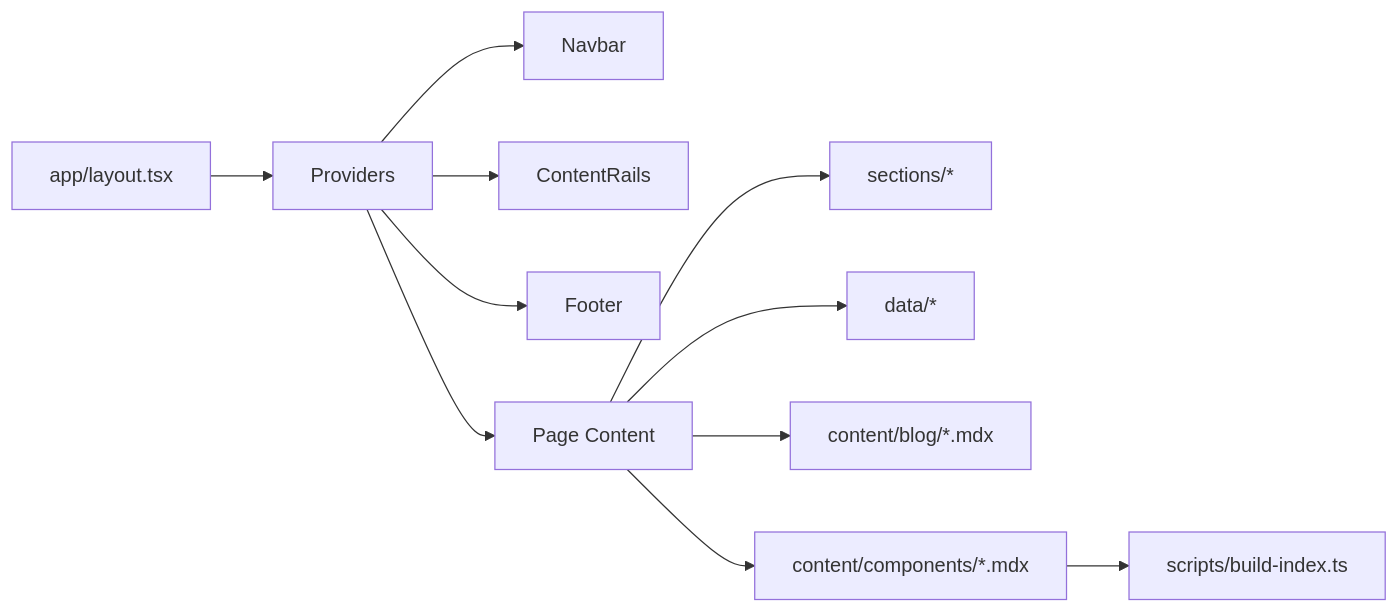
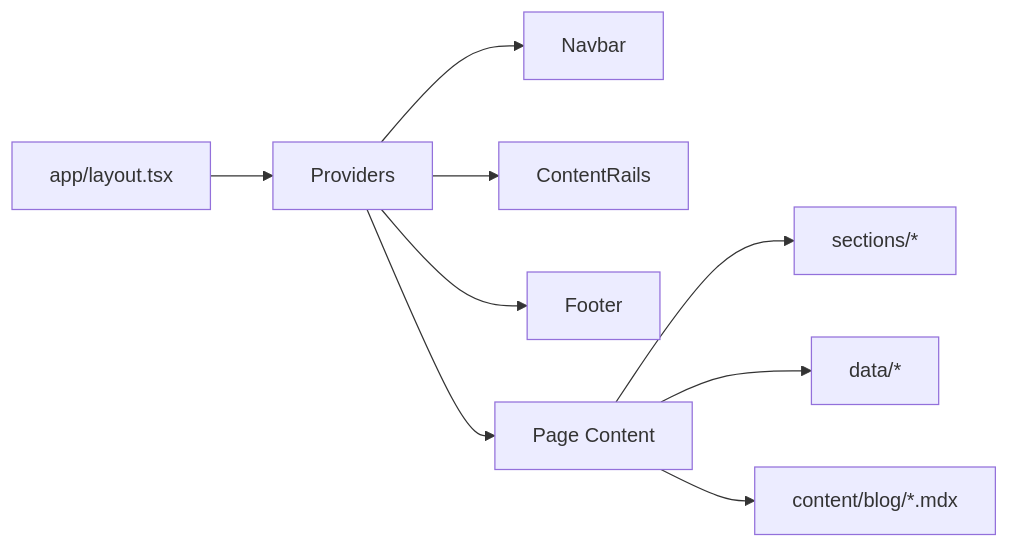
One commit to kakkar2/portfolio changed the diagram in architecture.md. Above: the diagram before and after it, drawn with Mermaid. The commit also changed other lines of this file and 58 other files, not shown here.

````diff
--- a/architecture.md
+++ b/architecture.md
@@ -29,13 +28,11 @@
 ```mermaid
 flowchart LR
   A[app/layout.tsx] --> B[Providers]
   B --> C[Navbar]
   B --> D[ContentRails]
   B --> E[Footer]
   B --> F[Page Content]
   F --> G[sections/*]
   F --> H[data/*]
   F --> I[content/blog/*.mdx]
-  F --> J[content/components/*.mdx]
-  J --> K[scripts/build-index.ts]
 ```
````
